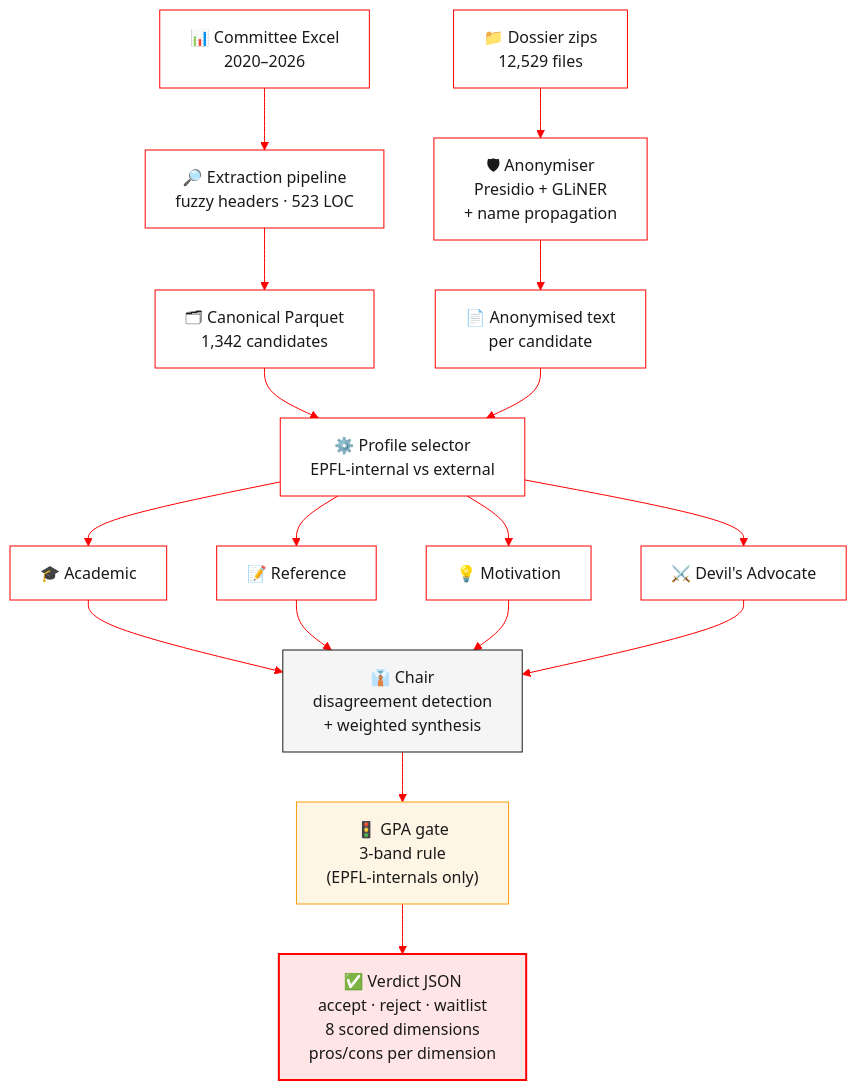
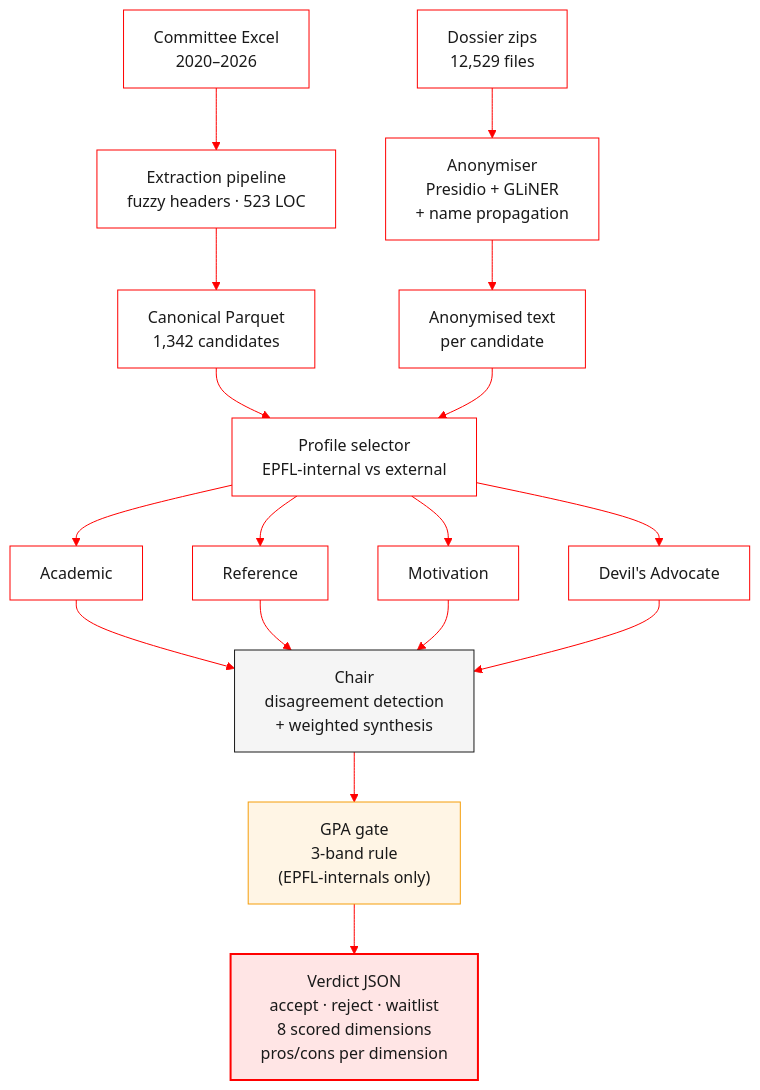
One commit to eliemada/agentic-admission changed the diagram in README.md. Above: the diagram before and after it, drawn with Mermaid. The commit also changed other lines of this file and 55 other files, not shown here.

````diff
--- a/README.md
+++ b/README.md
@@ -81,24 +82,24 @@
 ```mermaid
 %%{init: {'theme':'base', 'themeVariables': { 'primaryColor':'#ffffff', 'primaryBorderColor':'#FF0000', 'primaryTextColor':'#1A1A1A', 'lineColor':'#FF0000', 'fontFamily':'ui-sans-serif, -apple-system, sans-serif'}}}%%
 flowchart TD
-    A["📊 Committee Excel<br/>2020–2026"] --> B["🔎 Extraction pipeline<br/>fuzzy headers · 523 LOC"]
-    Z["📁 Dossier zips<br/>12,529 files"] --> C["🛡 Anonymiser<br/>Presidio + GLiNER<br/>+ name propagation"]
-    B --> D["🗂 Canonical Parquet<br/>1,342 candidates"]
-    C --> E["📄 Anonymised text<br/>per candidate"]
-    D --> F["⚙️ Profile selector<br/>EPFL-internal vs external"]
+    A["Committee Excel<br/>2020–2026"] --> B["Extraction pipeline<br/>fuzzy headers · 523 LOC"]
+    Z["Dossier zips<br/>12,529 files"] --> C["Anonymiser<br/>Presidio + GLiNER<br/>+ name propagation"]
+    B --> D["Canonical Parquet<br/>1,342 candidates"]
+    C --> E["Anonymised text<br/>per candidate"]
+    D --> F["Profile selector<br/>EPFL-internal vs external"]
     E --> F
-    F --> G1["🎓 Academic"]
-    F --> G2["📝 Reference"]
-    F --> G3["💡 Motivation"]
-    F --> G4["⚔️ Devil's Advocate"]
-    G1 --> H["👔 Chair<br/>disagreement detection<br/>+ weighted synthesis"]
+    F --> G1["Academic"]
+    F --> G2["Reference"]
+    F --> G3["Motivation"]
+    F --> G4["Devil's Advocate"]
+    G1 --> H["Chair<br/>disagreement detection<br/>+ weighted synthesis"]
     G2 --> H
     G3 --> H
     G4 --> H
-    H --> I["🚦 GPA gate<br/>3-band rule<br/>(EPFL-internals only)"]
-    I --> J["✅ Verdict JSON<br/>accept · reject · waitlist<br/>8 scored dimensions<br/>pros/cons per dimension"]
+    H --> I["GPA gate<br/>3-band rule<br/>(EPFL-internals only)"]
+    I --> J["Verdict JSON<br/>accept · reject · waitlist<br/>8 scored dimensions<br/>pros/cons per dimension"]
 
     style J fill:#FFE5E5,stroke:#FF0000,stroke-width:2px
     style H fill:#F5F5F5,stroke:#1A1A1A
     style I fill:#FFF5E5,stroke:#F59E0B
 ```
````
